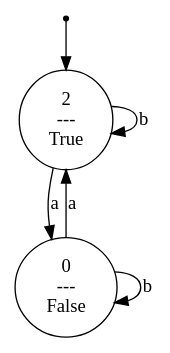
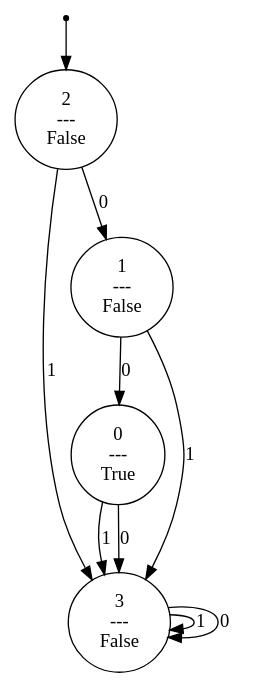
Before and after one commit to srnapls/history-rewards-for-pomdps: the diagram in code/dot/m1.dot, drawn with Graphviz. The commit also changed 26 other files, not shown here.

Commit message:
cleaned up code, internal pomdp is now complete in induced_pomdp. rewrote DFA::reduce(self) again, should work. Tested with sequences and regular expressions.

```diff
--- a/code/dot/m1.dot
+++ b/code/dot/m1.dot
@@ -1,10 +1,16 @@
 digraph G {
 0 [label="", shape=point];
-0 -> 2;
-1 [label="0\n---\nFalse"];
-1 -> 2  [label=a];
-1 -> 1  [label=b];
-2 [label="2\n---\nTrue"];
-2 -> 1  [label=a];
-2 -> 2  [label=b];
+0 -> 3;
+1 [label="0\n---\nTrue"];
+1 -> 4  [label=1];
+1 -> 4  [label=0];
+2 [label="1\n---\nFalse"];
+2 -> 4  [label=1];
+2 -> 1  [label=0];
+3 [label="2\n---\nFalse"];
+3 -> 4  [label=1];
+3 -> 2  [label=0];
+4 [label="3\n---\nFalse"];
+4 -> 4  [label=1];
+4 -> 4  [label=0];
 }
```
